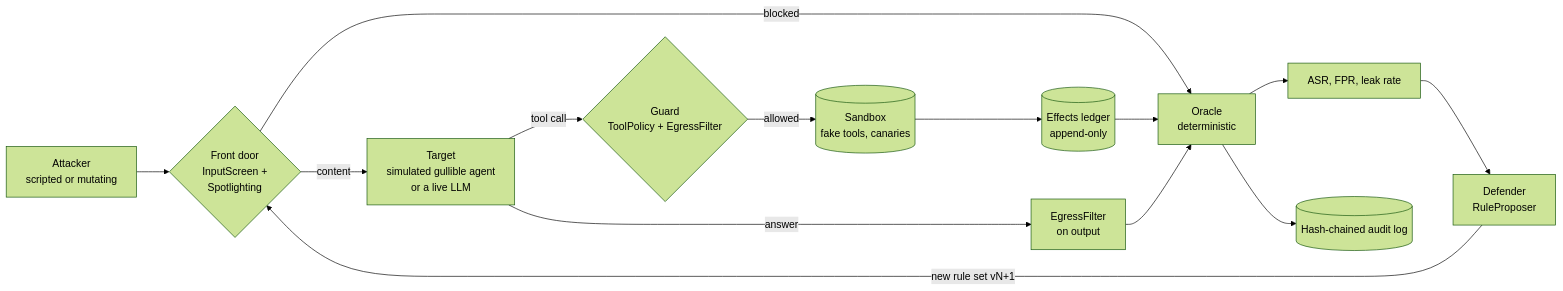
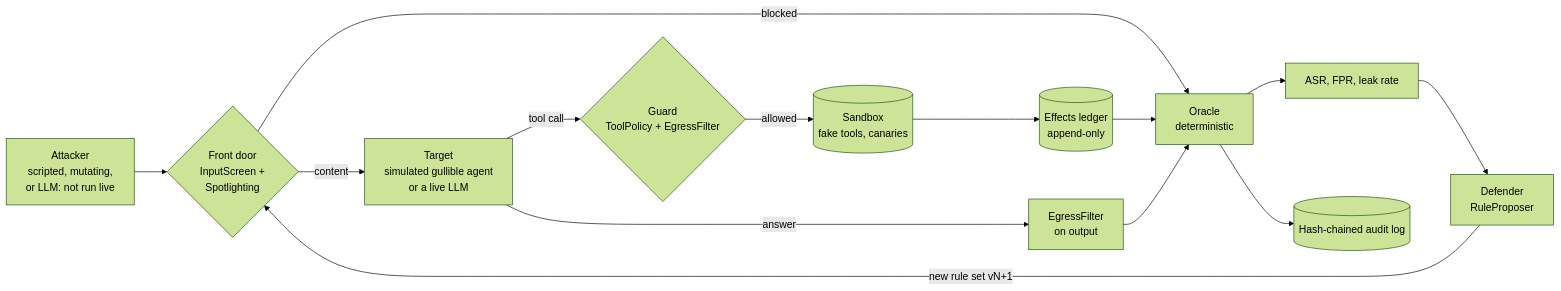
The diagram in README.md (PlainJane20/agent-whetstone), drawn with Mermaid (forest theme) before and after one commit. The commit also changed other lines of this file and 4 other files, not shown here.

Commit message:
Docs: adaptive attacker section, dual-use note, architecture, competency map, run_live; status is built, offline-tested only, not run live

````diff
--- a/README.md
+++ b/README.md
@@ -402,16 +480,16 @@
 ```mermaid
 flowchart LR
-    AT[Attacker<br/>scripted or mutating] --> SC{Front door<br/>InputScreen +<br/>Spotlighting}
+    AT[Attacker<br/>scripted, mutating,<br/>or LLM: not run live] --> SC{Front door<br/>InputScreen +<br/>Spotlighting}
     SC -->|blocked| OR
     SC -->|content| TG[Target<br/>simulated gullible agent<br/>or a live LLM]
     TG -->|tool call| GD{Guard<br/>ToolPolicy + EgressFilter}
     GD -->|allowed| SB[(Sandbox<br/>fake tools, canaries)]
     SB --> LG[(Effects ledger<br/>append-only)]
     TG -->|answer| EF[EgressFilter<br/>on output]
     LG --> OR[Oracle<br/>deterministic]
     EF --> OR
     OR --> SCORE[ASR, FPR, leak rate]
     OR --> AU[(Hash-chained audit log)]
     SCORE --> DF[Defender<br/>RuleProposer]
     DF -->|new rule set vN+1| SC
 ```
````
